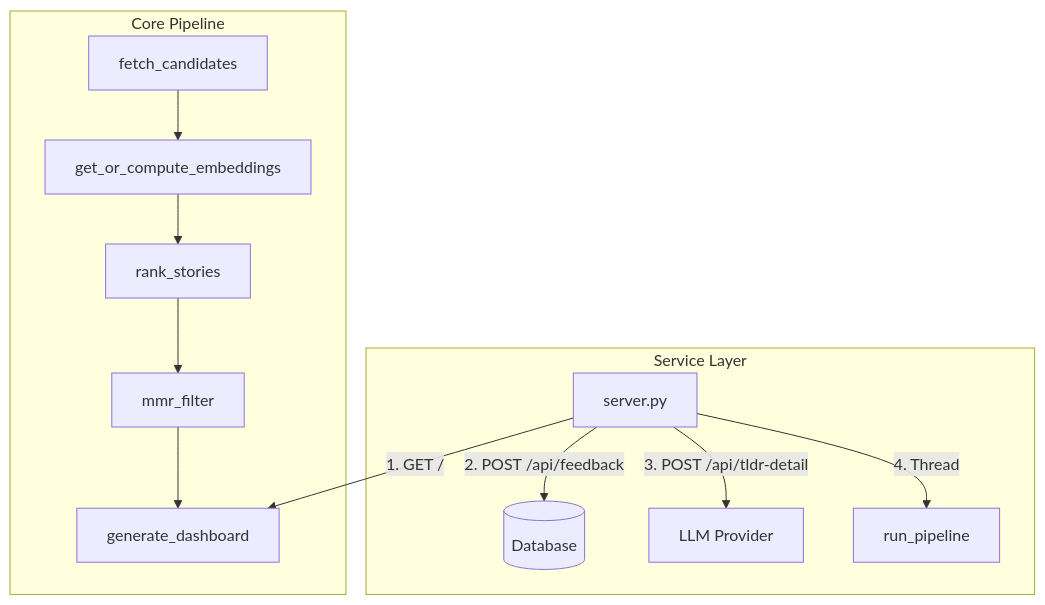
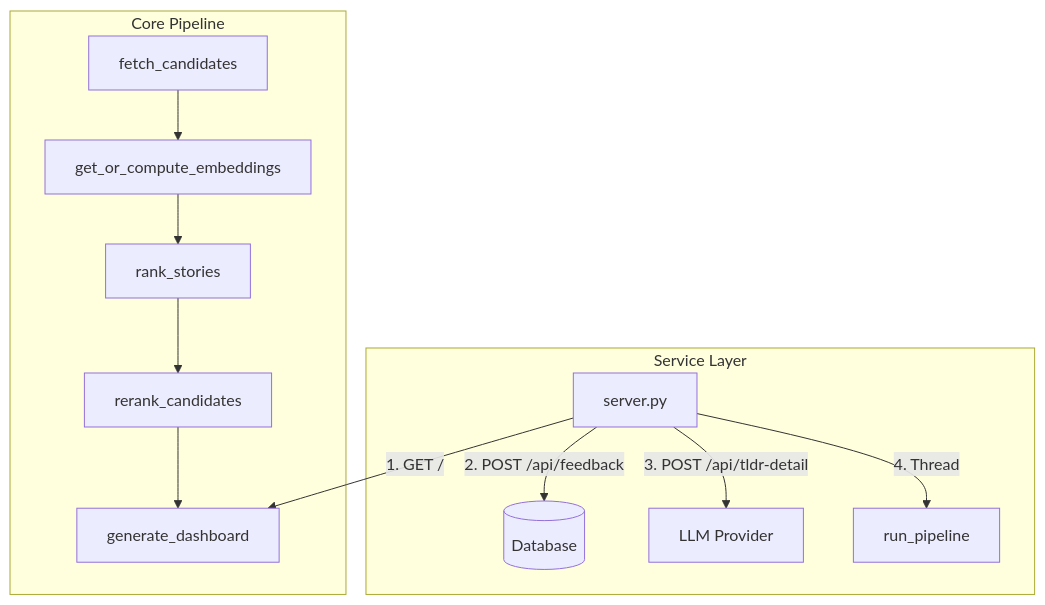
One commit to djv/hn-rerank-v2 changed the diagram in ARCHITECTURE.md. Above: the diagram before and after it, drawn with Mermaid. The commit also changed other lines of this file and 8 other files, not shown here.

````diff
--- a/ARCHITECTURE.md
+++ b/ARCHITECTURE.md
@@ -11,16 +11,16 @@
 ```mermaid
 graph TD
     subgraph Core Pipeline
         A[fetch_candidates] --> B[get_or_compute_embeddings]
         B --> C[rank_stories]
-        C --> D[mmr_filter]
+        C --> D[rerank_candidates]
         D --> E[generate_dashboard]
     end
 
     subgraph Service Layer
         F[server.py] -->|1. GET /| E
         F -->|2. POST /api/feedback| G[(Database)]
         F -->|3. POST /api/tldr-detail| H[LLM Provider]
         F -->|4. Thread| CorePipeline[run_pipeline]
     end
 ```
````
